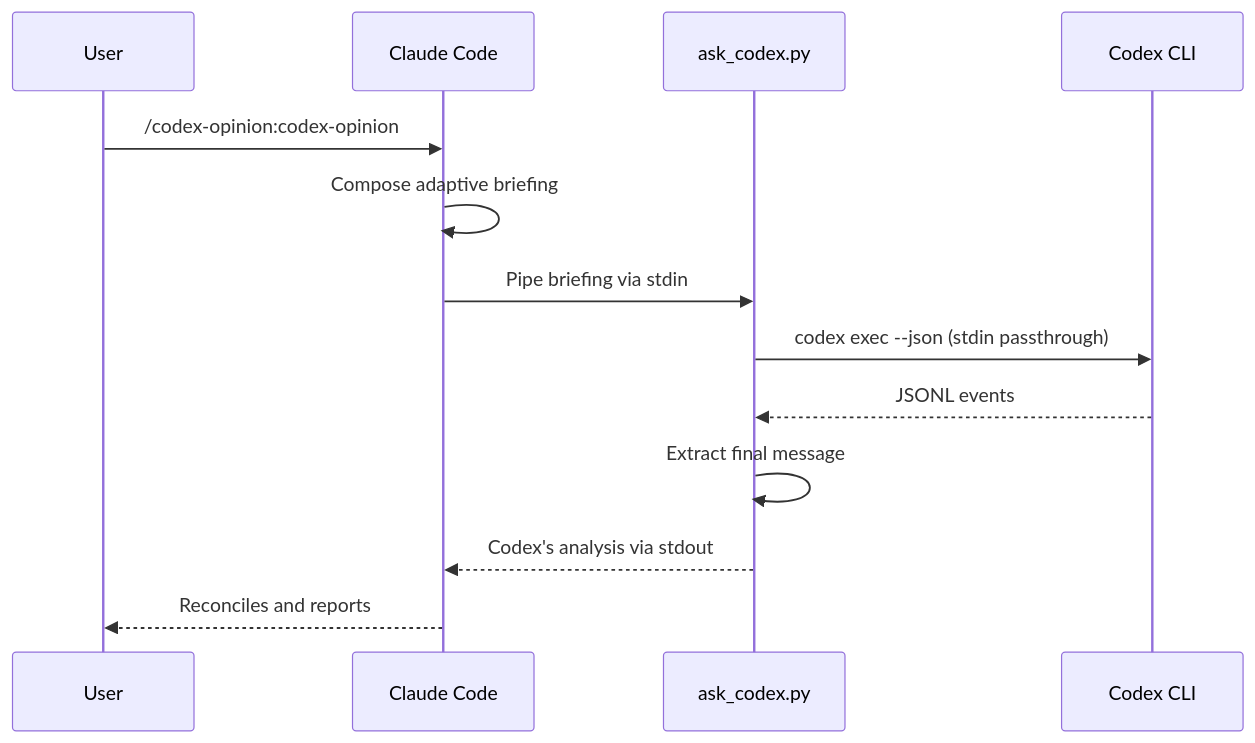
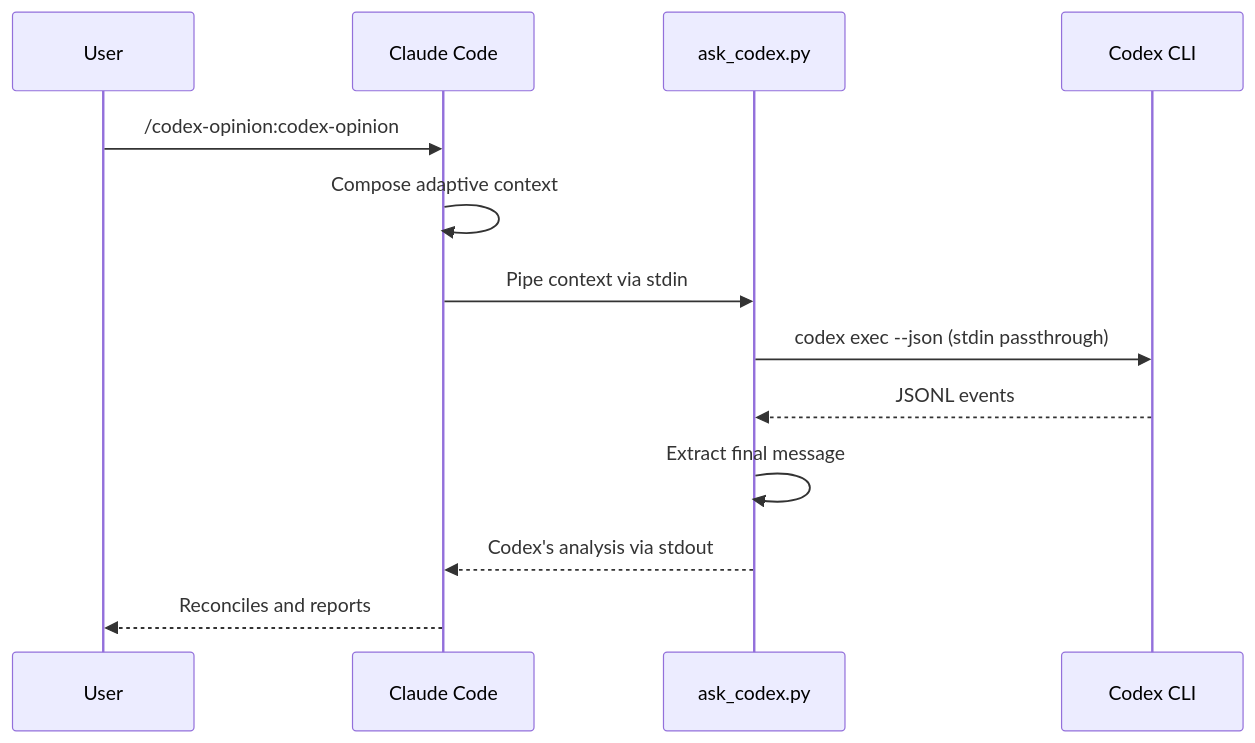
Before and after one commit to ehzawad/codex-opinion: the diagram in README.md, drawn with Mermaid. The commit also changed other lines of this file and 3 other files, not shown here.

Commit message:
v2.0.3: rename 'briefing' to 'context' across SKILL/README/DESIGN; drop literal 'philosophy' word from floor-embodiment line

````diff
--- a/README.md
+++ b/README.md
@@ -51,16 +51,16 @@
 ```mermaid
 sequenceDiagram
     participant U as User
     participant C as Claude Code
     participant S as ask_codex.py
     participant X as Codex CLI
 
     U->>C: /codex-opinion:codex-opinion
-    C->>C: Compose adaptive briefing
-    C->>S: Pipe briefing via stdin
+    C->>C: Compose adaptive context
+    C->>S: Pipe context via stdin
     S->>X: codex exec --json (stdin passthrough)
     X-->>S: JSONL events
     S->>S: Extract final message
     S-->>C: Codex's analysis via stdout
     C-->>U: Reconciles and reports
 ```
````
